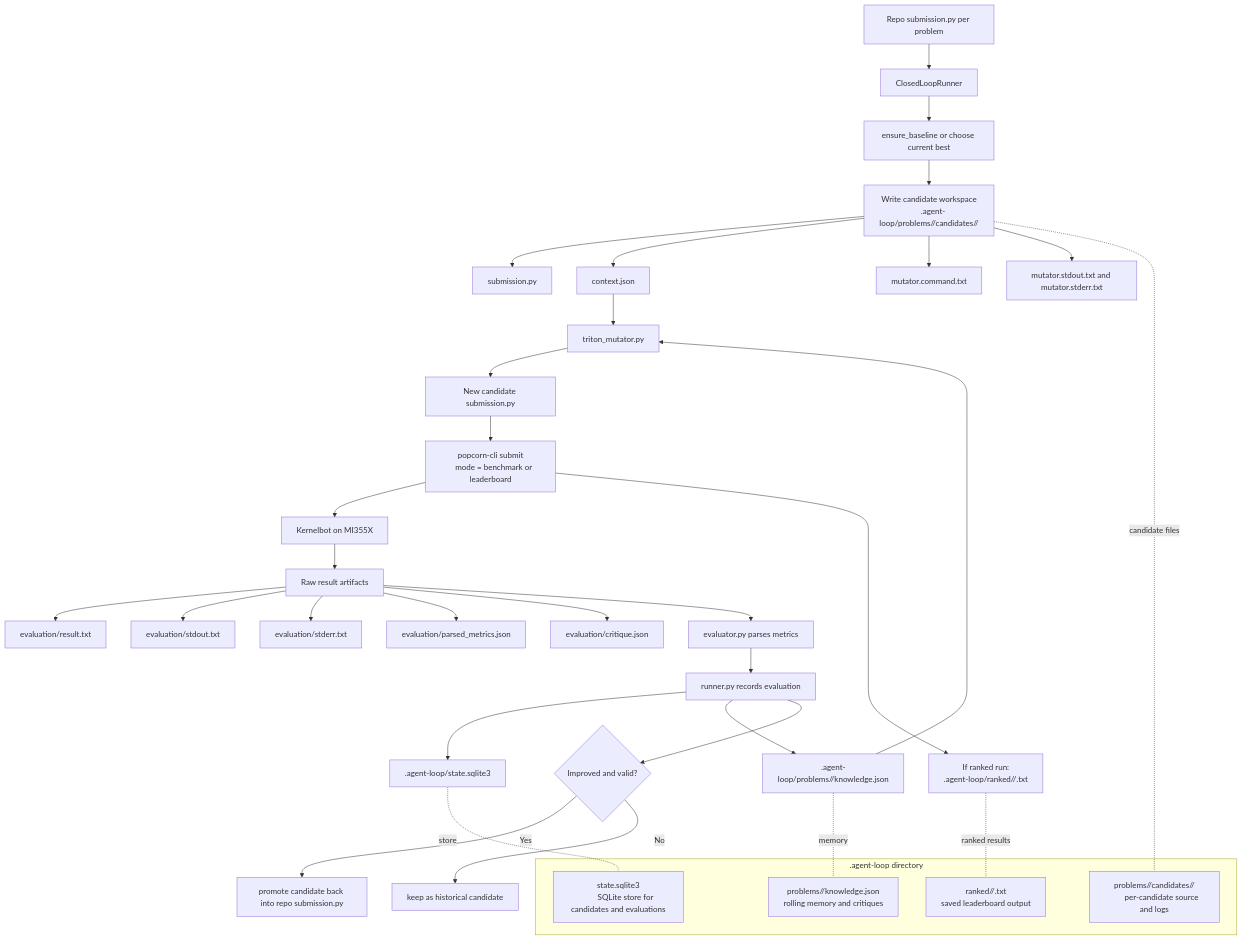
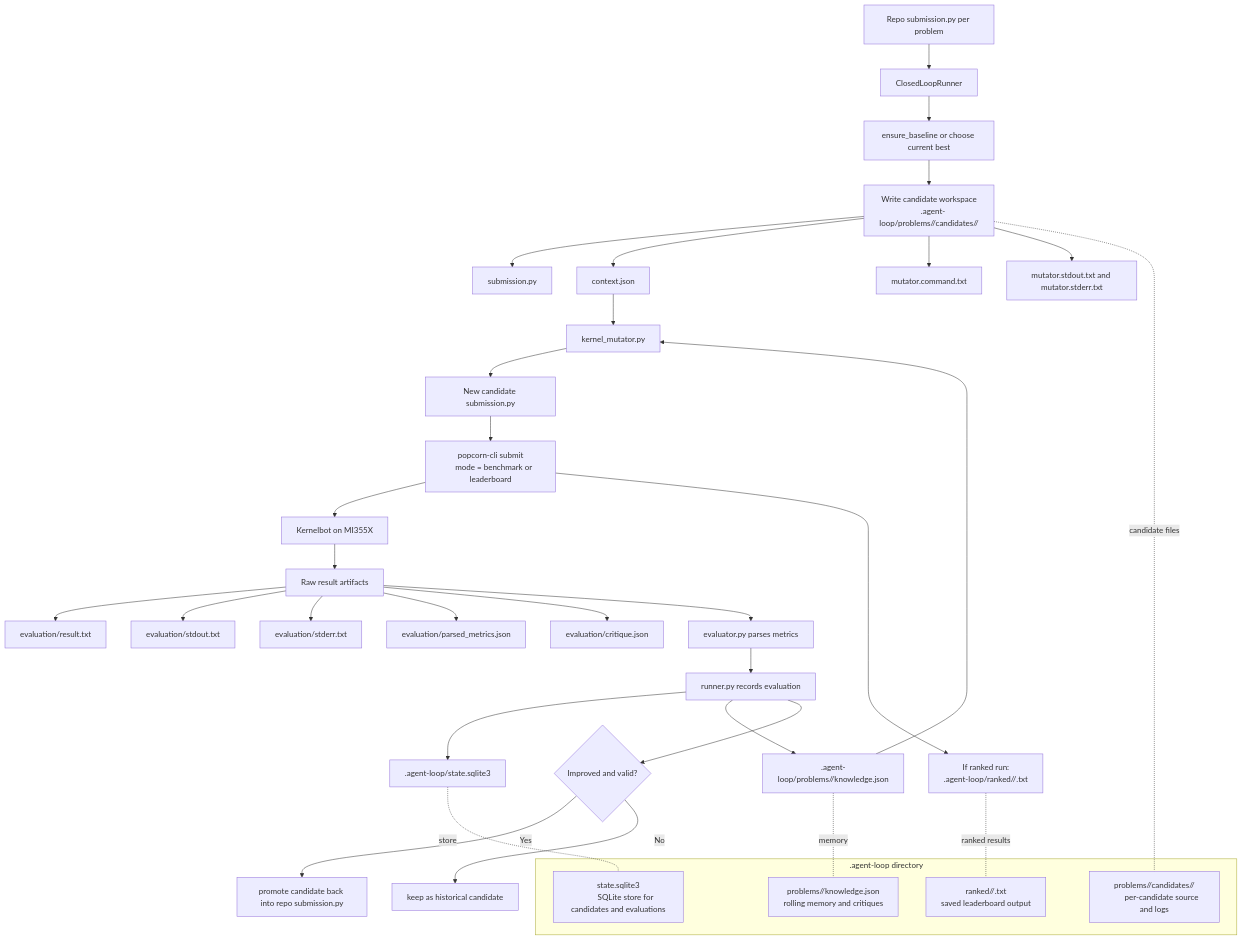
Before and after one commit to vyomakesh0728/reference-kernels: the diagram in problems/amd/agent_loop/pipeline.mmd, drawn with Mermaid. The commit also changed 38 other files, not shown here.

```diff
--- a/problems/amd/agent_loop/pipeline.mmd
+++ b/problems/amd/agent_loop/pipeline.mmd
@@ -1,52 +1,52 @@
 flowchart TD
     A[Repo submission.py per problem] --> B[ClosedLoopRunner]
     B --> C[ensure_baseline or choose current best]
     C --> D["Write candidate workspace
     .agent-loop/problems/<problem>/candidates/<candidate-id>/"]
 
     D --> D1[submission.py]
     D --> D2[context.json]
     D --> D3[mutator.command.txt]
     D --> D4[mutator.stdout.txt and mutator.stderr.txt]
 
-    D2 --> E[triton_mutator.py]
+    D2 --> E[kernel_mutator.py]
     K2 --> E
     E --> F[New candidate submission.py]
     F --> G["popcorn-cli submit
     mode = benchmark or leaderboard"]
     G --> H[Kernelbot on MI355X]
     H --> I[Raw result artifacts]
 
     I --> I1["evaluation/result.txt"]
     I --> I2["evaluation/stdout.txt"]
     I --> I3["evaluation/stderr.txt"]
     I --> I4["evaluation/parsed_metrics.json"]
     I --> I5["evaluation/critique.json"]
 
     I --> J[evaluator.py parses metrics]
     J --> K[runner.py records evaluation]
     K --> K1[".agent-loop/state.sqlite3"]
     K --> K2[".agent-loop/problems/<problem>/knowledge.json"]
 
     K --> L{Improved and valid?}
     L -- Yes --> M[promote candidate back into repo submission.py]
     L -- No --> N[keep as historical candidate]
 
     G --> O["If ranked run:
     .agent-loop/ranked/<problem>/<candidate-id>.txt"]
 
     subgraph Workspace[".agent-loop directory"]
         W1["state.sqlite3
         SQLite store for candidates and evaluations"]
         W2["problems/<problem>/candidates/<candidate-id>/
         per-candidate source and logs"]
         W3["problems/<problem>/knowledge.json
         rolling memory and critiques"]
         W4["ranked/<problem>/<candidate-id>.txt
         saved leaderboard output"]
     end
 
     K1 -. store .- W1
     D -. candidate files .- W2
     K2 -. memory .- W3
     O -. ranked results .- W4
```
